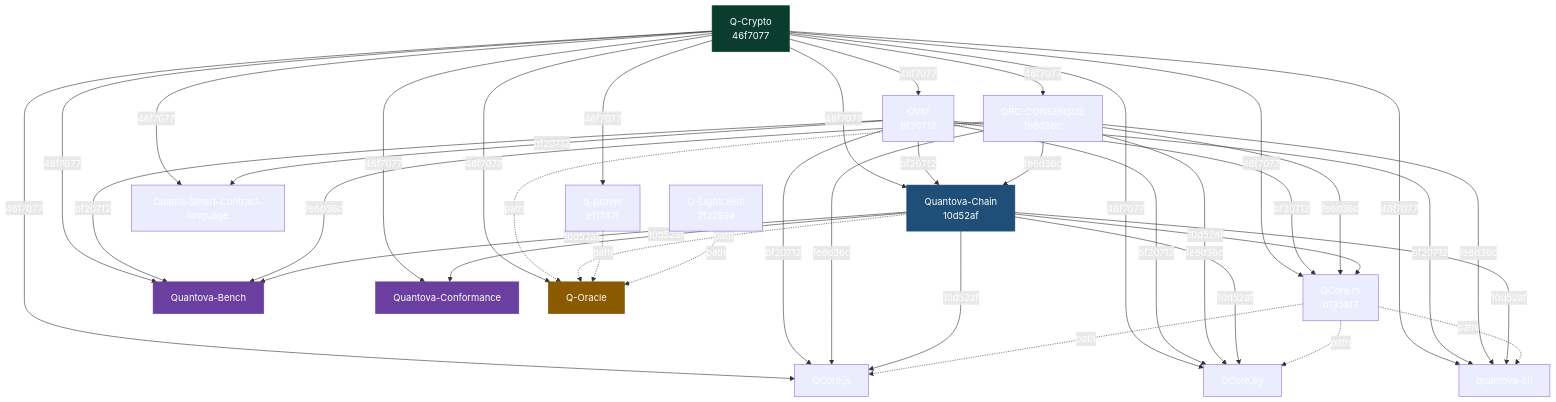
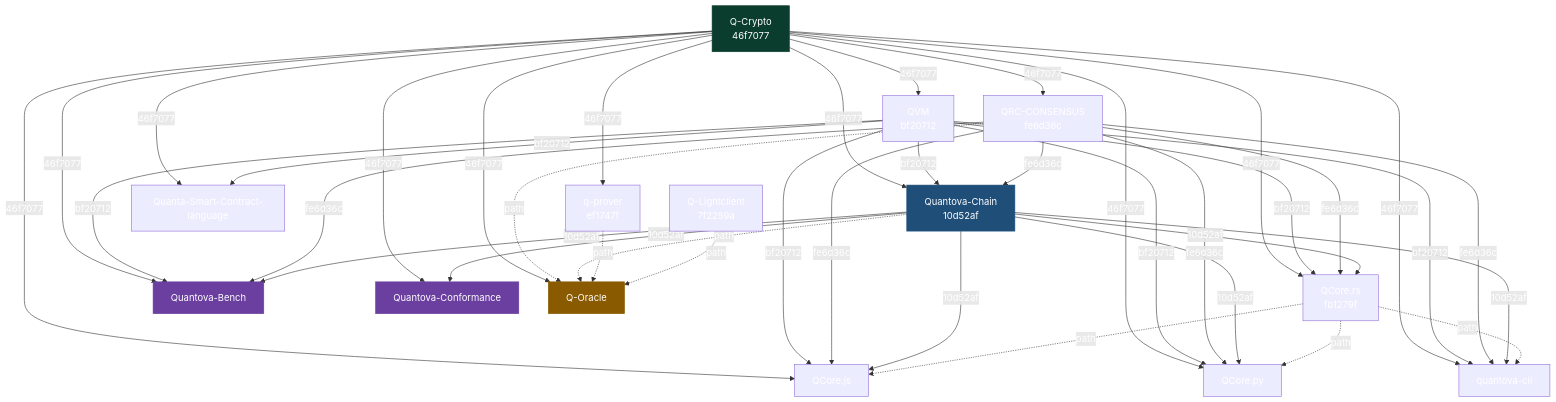
Before and after one commit to Quantova/Quantova-Ci: the diagram in docs/pin-flow.md, drawn with Mermaid. The commit also changed other lines of this file, not shown here.

Commit message:
record QCore 0.9.4 in the pin map

````diff
--- a/docs/pin-flow.md
+++ b/docs/pin-flow.md
@@ -5,69 +5,69 @@
 ```mermaid
 graph TD
     QCRYPTO["Q-Crypto<br/>46f7077"]
     QVM["QVM<br/>bf20712"]
     QRC["QRC-CONSENSUS<br/>fe6d36c"]
     QPROVER["q-prover<br/>ef1747f"]
     QLC["Q-Lightclient<br/>7f2259a"]
     CHAIN["Quantova-Chain<br/>10d52af"]
     QUANTA["Quanta-Smart-Contract-language"]
-    QCORERS["QCore.rs<br/>d1358f7"]
+    QCORERS["QCore.rs<br/>fb1279f"]
     QCOREJS["QCore.js"]
     QCOREPY["QCore.py"]
     CLI["quantova-cli"]
     BENCH["Quantova-Bench"]
     CONF["Quantova-Conformance"]
     ORACLE["Q-Oracle"]
 
     QCRYPTO -->|46f7077| QVM
     QCRYPTO -->|46f7077| QRC
     QCRYPTO -->|46f7077| QPROVER
     QCRYPTO -->|46f7077| CHAIN
     QCRYPTO -->|46f7077| QUANTA
     QCRYPTO -->|46f7077| QCORERS
     QCRYPTO -->|46f7077| QCOREJS
     QCRYPTO -->|46f7077| QCOREPY
     QCRYPTO -->|46f7077| CLI
     QCRYPTO -->|46f7077| BENCH
     QCRYPTO -->|46f7077| CONF
     QCRYPTO -->|46f7077| ORACLE
 
     QVM -->|bf20712| CHAIN
     QVM -->|bf20712| QUANTA
     QVM -->|bf20712| QCORERS
     QVM -->|bf20712| QCOREJS
     QVM -->|bf20712| QCOREPY
     QVM -->|bf20712| CLI
     QVM -->|bf20712| BENCH
 
     QRC -->|fe6d36c| CHAIN
     QRC -->|fe6d36c| QCORERS
     QRC -->|fe6d36c| QCOREJS
     QRC -->|fe6d36c| QCOREPY
     QRC -->|fe6d36c| CLI
     QRC -->|fe6d36c| BENCH
 
     CHAIN -->|10d52af| QCORERS
     CHAIN -->|10d52af| QCOREJS
     CHAIN -->|10d52af| QCOREPY
     CHAIN -->|10d52af| CLI
     CHAIN -->|10d52af| BENCH
     CHAIN -->|10d52af| CONF
 
     QCORERS -.->|path| QCOREJS
     QCORERS -.->|path| QCOREPY
     QCORERS -.->|path| CLI
     QRC -.->|path| ORACLE
     CHAIN -.->|path| ORACLE
     QPROVER -.->|path| ORACLE
     QLC -.->|path| ORACLE
 
     classDef root fill:#0b3d2e,stroke:#0b3d2e,color:#ffffff
     classDef integ fill:#1f4e79,stroke:#1f4e79,color:#ffffff
     classDef leaf fill:#6b3fa0,stroke:#6b3fa0,color:#ffffff
     classDef airlock fill:#8a5a00,stroke:#8a5a00,color:#ffffff
     class QCRYPTO root
     class CHAIN integ
     class BENCH,CONF leaf
     class ORACLE airlock
 ```
````
